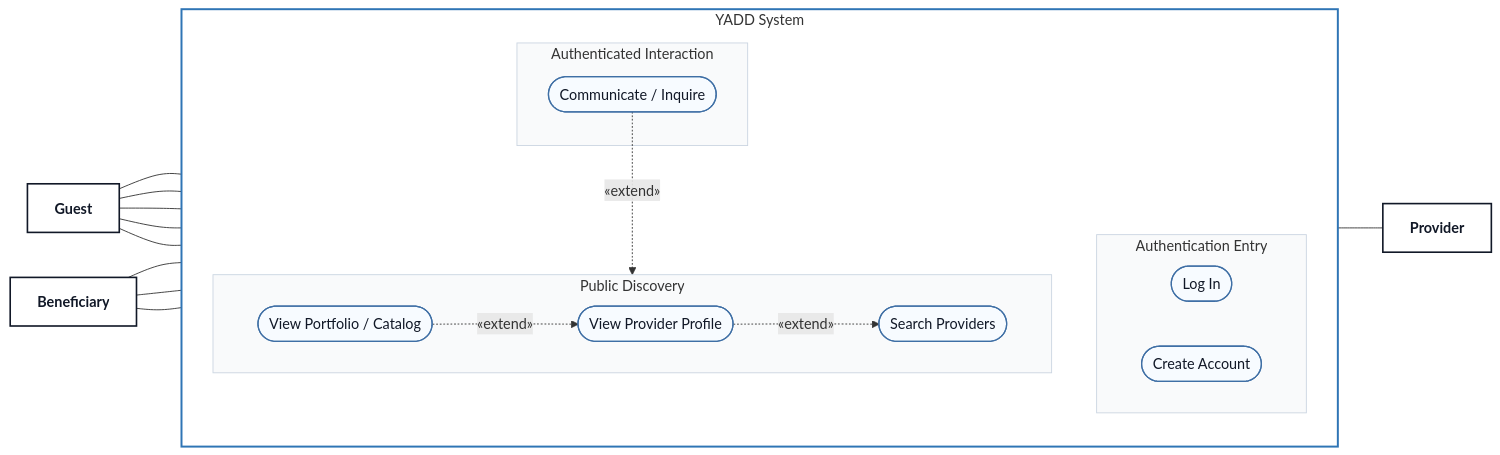
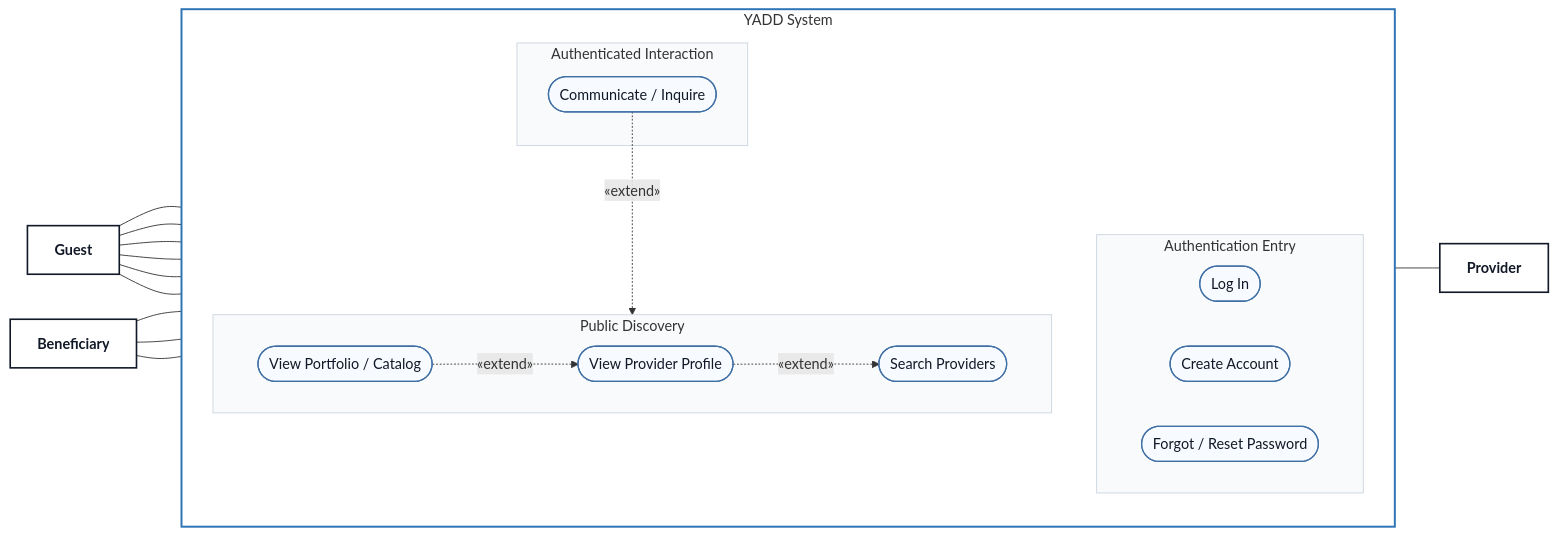
The diagram in diagrams/03-analysis/uml/use-case/01-public-access-discovery.md (Yadd-SanaaUniversityGraduationProject/yadd), drawn with Mermaid before and after one commit. The commit also changed other lines of this file, not shown here.

Commit message:
Synchronize public-access use-case view with recovery and location UI

````diff
--- a/diagrams/03-analysis/uml/use-case/01-public-access-discovery.md
+++ b/diagrams/03-analysis/uml/use-case/01-public-access-discovery.md
@@ -17,51 +17,53 @@
 ```mermaid
 flowchart LR
     G["Guest"]:::actor
     B["Beneficiary"]:::actor
 
     subgraph SYS["YADD System"]
         direction TB
 
         subgraph AUTH["Authentication Entry"]
             direction LR
             LOGIN(["Log In"]):::usecase
             REGISTER(["Create Account"]):::usecase
+            FORGOT(["Forgot / Reset Password"]):::usecase
         end
 
         subgraph DISCOVERY["Public Discovery"]
             direction LR
             SEARCH(["Search Providers"]):::usecase
             PROFILE(["View Provider Profile"]):::usecase
             SHOWCASE(["View Portfolio / Catalog"]):::usecase
         end
 
         subgraph INTERACTION["Authenticated Interaction"]
             CHAT(["Communicate / Inquire"]):::usecase
         end
     end
 
     P["Provider"]:::actor
 
     G --- LOGIN
     G --- REGISTER
+    G --- FORGOT
     G --- SEARCH
     G --- PROFILE
     G --- SHOWCASE
 
     B --- SEARCH
     B --- PROFILE
     B --- CHAT
     CHAT --- P
 
     PROFILE -.->|«extend»| SEARCH
     SHOWCASE -.->|«extend»| PROFILE
     CHAT -.->|«extend»| PROFILE
 
     classDef actor fill:#FFFFFF,stroke:#111827,stroke-width:1.8px,color:#111827,font-weight:bold;
     classDef usecase fill:#F7FBFF,stroke:#3F6FA5,stroke-width:1.4px,color:#111827;
 
     style SYS fill:#FFFFFF,stroke:#2F75B5,stroke-width:2.2px
     style AUTH fill:#F9FAFB,stroke:#CBD5E1,stroke-width:1px
     style DISCOVERY fill:#F9FAFB,stroke:#CBD5E1,stroke-width:1px
     style INTERACTION fill:#F9FAFB,stroke:#CBD5E1,stroke-width:1px
 ```
````
